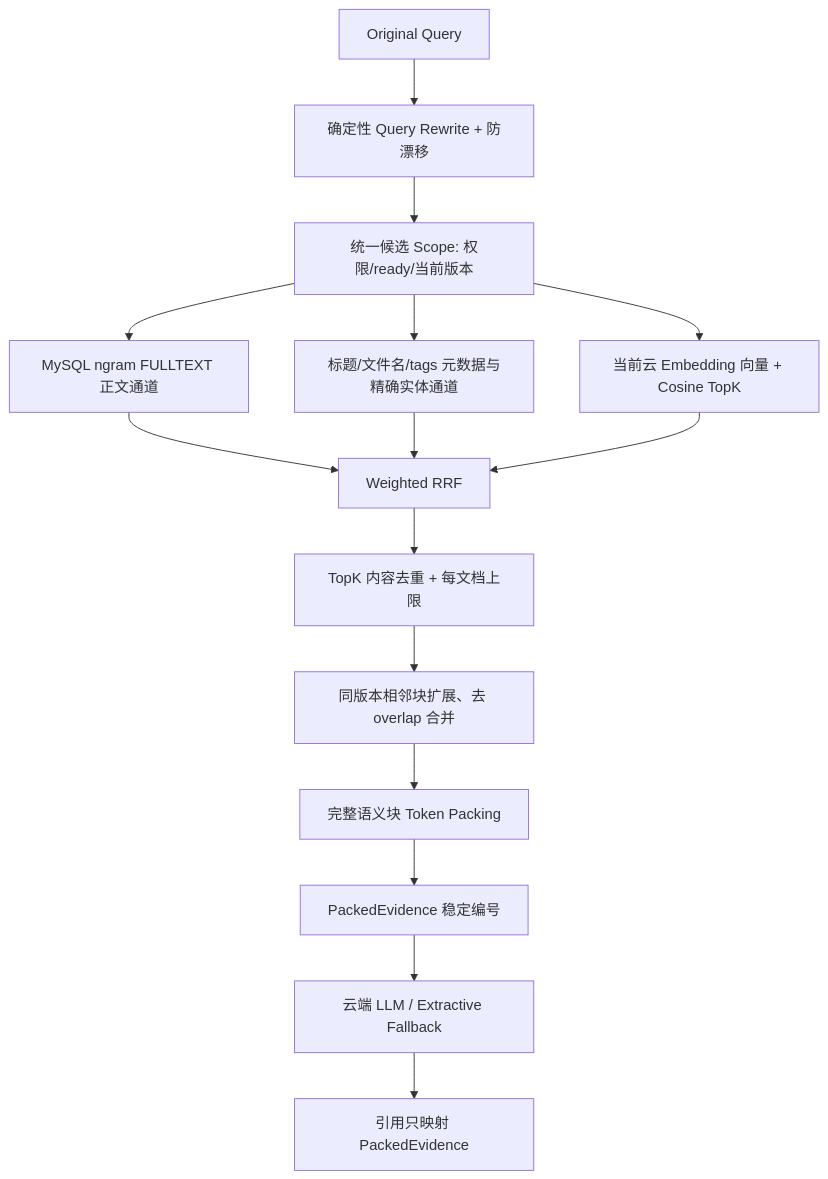
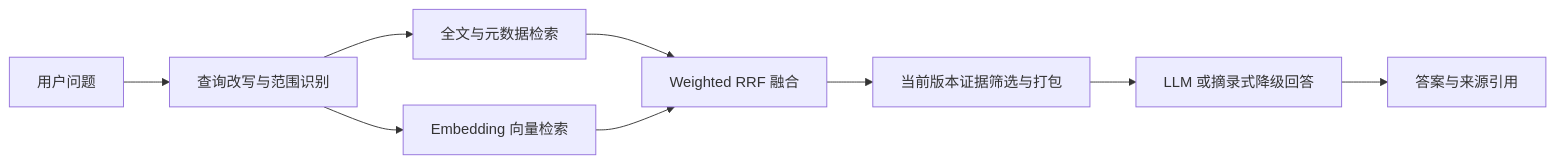
One commit to zAtray/AiWeb changed the diagram in README.md. Above: the diagram before and after it, drawn with Mermaid. The commit also changed other lines of this file, not shown here.

````diff
--- a/README.md
+++ b/README.md
@@ -109,17 +143,11 @@
 ```mermaid
-flowchart TD
-  Q[Original Query] --> RW[确定性 Query Rewrite + 防漂移]
-  RW --> S[统一候选 Scope: 权限/ready/当前版本]
-  S --> LC[MySQL ngram FULLTEXT 正文通道]
-  S --> LM[标题/文件名/tags 元数据与精确实体通道]
-  S --> V[当前云 Embedding 向量 + Cosine TopK]
-  LC --> F[Weighted RRF]
-  LM --> F
+flowchart LR
+  Q[用户问题] --> R[查询改写与范围识别]
+  R --> L[全文与元数据检索]
+  R --> V[Embedding 向量检索]
+  L --> F[Weighted RRF 融合]
   V --> F
-  F --> D[TopK 内容去重 + 每文档上限]
-  D --> A[同版本相邻块扩展、去 overlap 合并]
-  A --> P[完整语义块 Token Packing]
-  P --> C[PackedEvidence 稳定编号]
-  C --> G[云端 LLM / Extractive Fallback]
-  G --> X[引用只映射 PackedEvidence]
+  F --> E[当前版本证据筛选与打包]
+  E --> G[LLM 或摘录式降级回答]
+  G --> C[答案与来源引用]
 ```
````
